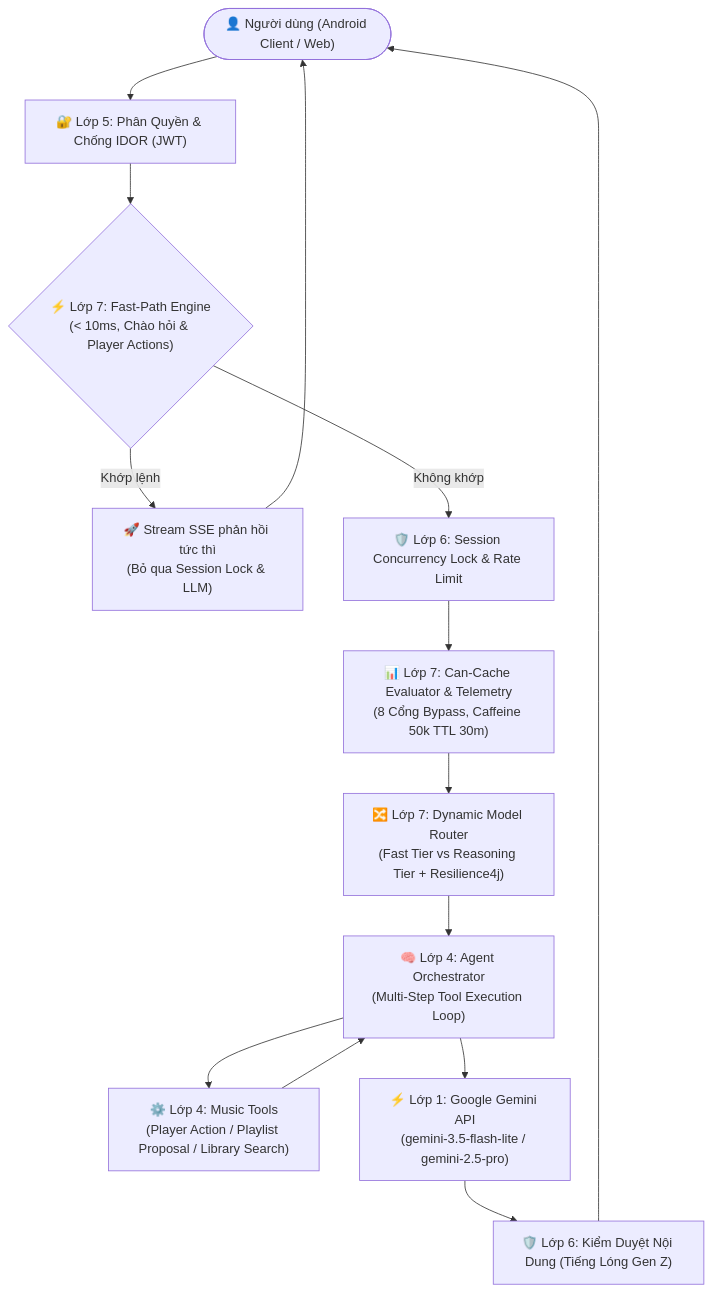
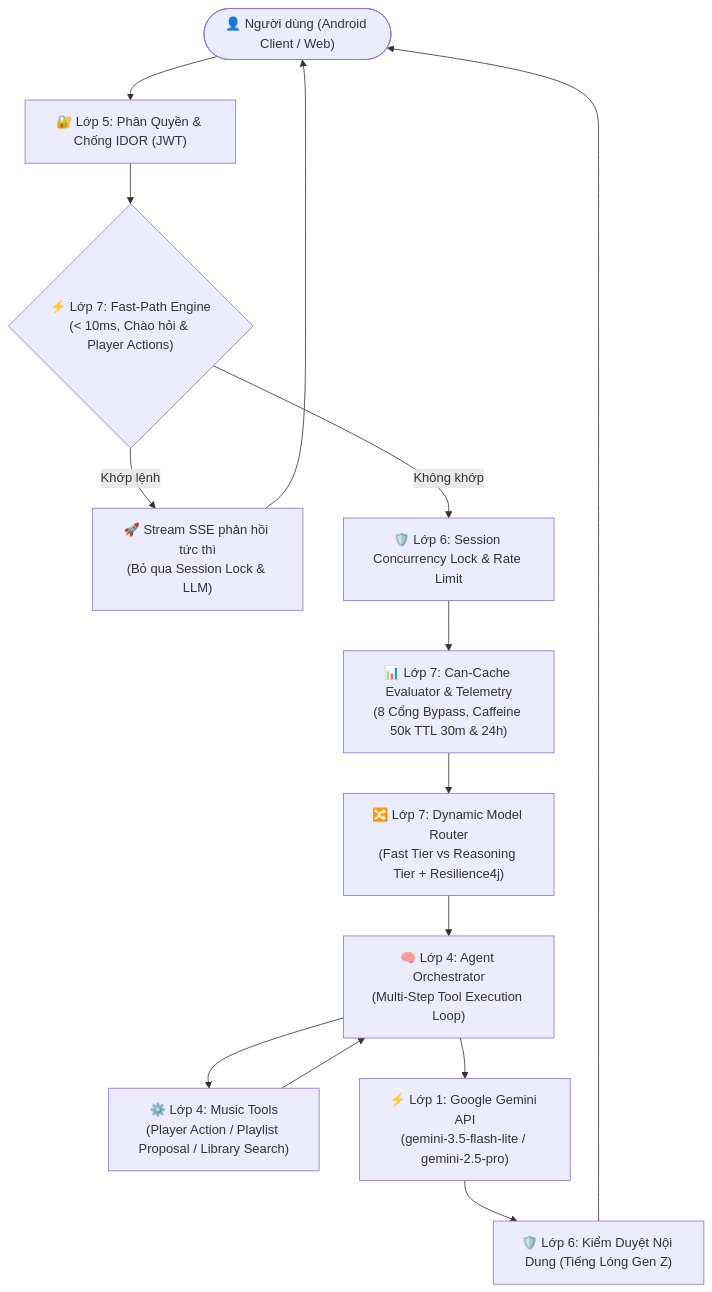
The second of 2 diagrams in README.md (DoAnhThu832004/Back-end-Music), drawn with Mermaid before and after one commit. The commit also changed other lines of this file and 1 other file, not shown here.

````diff
--- a/README.md
+++ b/README.md
@@ -126,25 +126,25 @@
 ```mermaid
 flowchart TD
     User(["👤 Người dùng (Android Client / Web)"]) --> Auth["🔐 Lớp 5: Phân Quyền & Chống IDOR (JWT)"]
     
     Auth --> FastPath{"⚡ Lớp 7: Fast-Path Engine<br/>(< 10ms, Chào hỏi & Player Actions)"}
     
     FastPath -- "Khớp lệnh" --> FastRet["🚀 Stream SSE phản hồi tức thì<br/>(Bỏ qua Session Lock & LLM)"]
     FastRet --> User
     
     FastPath -- "Không khớp" --> Lock["🛡️ Lớp 6: Session Concurrency Lock & Rate Limit"]
     
-    Lock --> Telemetry["📊 Lớp 7: Can-Cache Evaluator & Telemetry<br/>(8 Cổng Bypass, Caffeine 50k TTL 30m)"]
+    Lock --> Telemetry["📊 Lớp 7: Can-Cache Evaluator & Telemetry<br/>(8 Cổng Bypass, Caffeine 50k TTL 30m & 24h)"]
     
     Telemetry --> Router["🔀 Lớp 7: Dynamic Model Router<br/>(Fast Tier vs Reasoning Tier + Resilience4j)"]
     
     Router --> Orchestrator["🧠 Lớp 4: Agent Orchestrator<br/>(Multi-Step Tool Execution Loop)"]
     
     Orchestrator --> Tools["⚙️ Lớp 4: Music Tools<br/>(Player Action / Playlist Proposal / Library Search)"]
     Tools --> Orchestrator
     
     Orchestrator --> Gemini["⚡ Lớp 1: Google Gemini API<br/>(gemini-3.5-flash-lite / gemini-2.5-pro)"]
     
     Gemini --> Moderation["🛡️ Lớp 6: Kiểm Duyệt Nội Dung (Tiếng Lóng Gen Z)"]
     Moderation --> User
 ```
````
